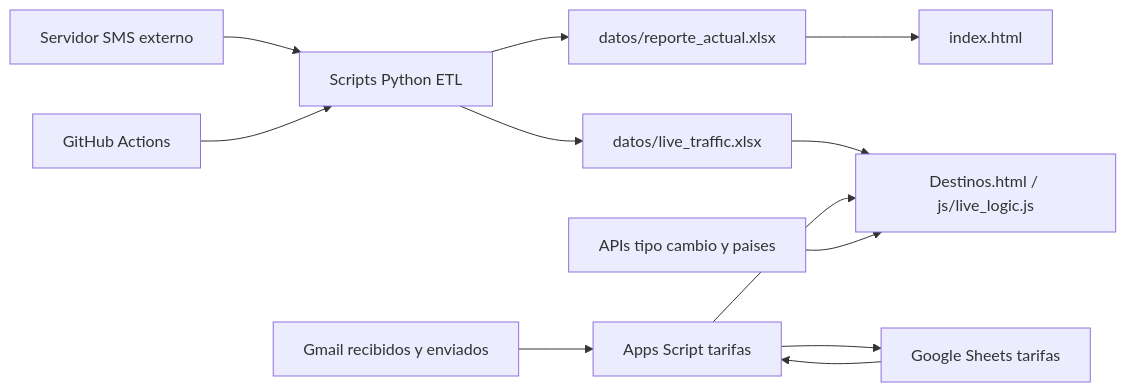
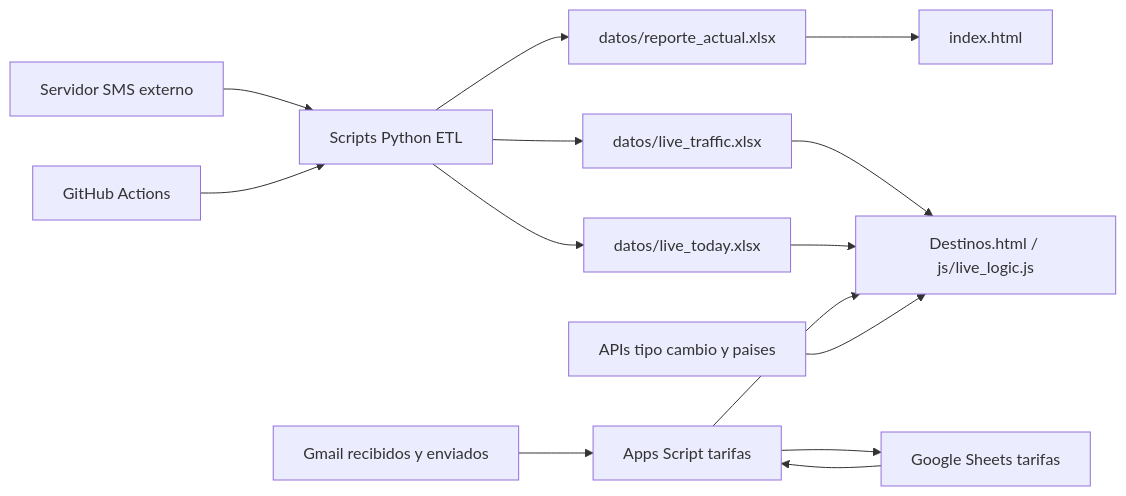
Before and after one commit to ricardosoto21/Teldash: the diagram in ARQUITECTURA.md, drawn with Mermaid. The commit also changed other lines of this file and 3 other files, not shown here.

````diff
--- a/ARQUITECTURA.md
+++ b/ARQUITECTURA.md
@@ -19,14 +19,16 @@
 ```mermaid
 flowchart LR
     A["Servidor SMS externo"] --> B["Scripts Python ETL"]
     B --> C["datos/reporte_actual.xlsx"]
     B --> D["datos/live_traffic.xlsx"]
+    B --> L["datos/live_today.xlsx"]
     C --> E["index.html"]
     D --> F["Destinos.html / js/live_logic.js"]
+    L --> F
     G["Gmail recibidos y enviados"] --> J["Apps Script tarifas"]
     J --> K["Google Sheets tarifas"]
     K --> J
     J --> F
     H["APIs tipo cambio y paises"] --> F
     I["GitHub Actions"] --> B
 ```
````
